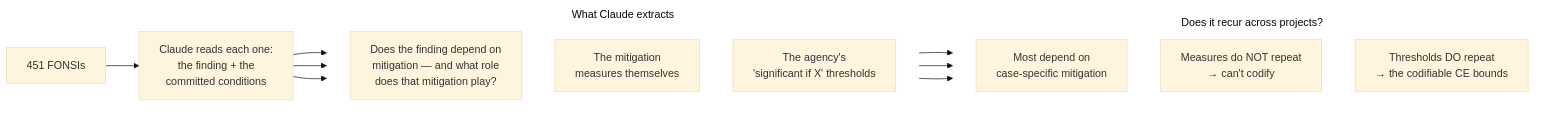
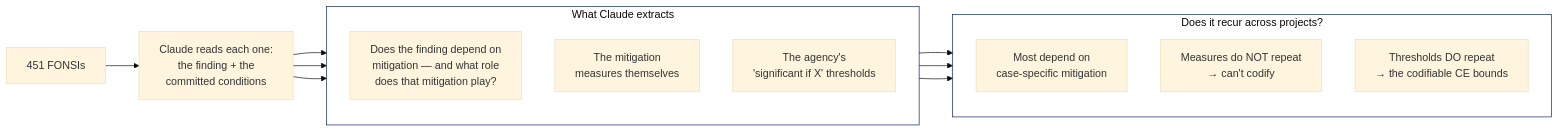
Before and after one commit to kaseyzapatka/nepa: the diagram in phase2/reports/deliverable06.qmd, drawn with Mermaid (base theme). The commit also changed 2 other files, not shown here.

Commit message:
[D6] flowchart: restore subgraph boxes with transparent fill (no grey)

````diff
--- a/phase2/reports/deliverable06.qmd
+++ b/phase2/reports/deliverable06.qmd
@@ -651,23 +651,23 @@
 ```{mermaid}
 %%| fig-width: 9
 flowchart LR
   A["451 FONSIs"] --> B["Claude reads each one:<br/>the finding + the<br/>committed conditions"]
   subgraph X["What Claude extracts"]
     direction TB
     C["Does the finding depend on<br/>mitigation — and what role<br/>does that mitigation play?"]
     D["The mitigation<br/>measures themselves"]
     E["The agency's<br/>'significant if X' thresholds"]
   end
   subgraph Y["Does it recur across projects?"]
     direction TB
     F["Most depend on<br/>case-specific mitigation"]
     G["Measures do NOT repeat<br/>→ can't codify"]
     H["Thresholds DO repeat<br/>→ the codifiable CE bounds"]
   end
   B --> C & D & E
   C --> F
   D --> G
   E --> H
-  style X fill:transparent,stroke:transparent
-  style Y fill:transparent,stroke:transparent
+  style X fill:transparent,stroke:#012169
+  style Y fill:transparent,stroke:#012169
 ```
````
